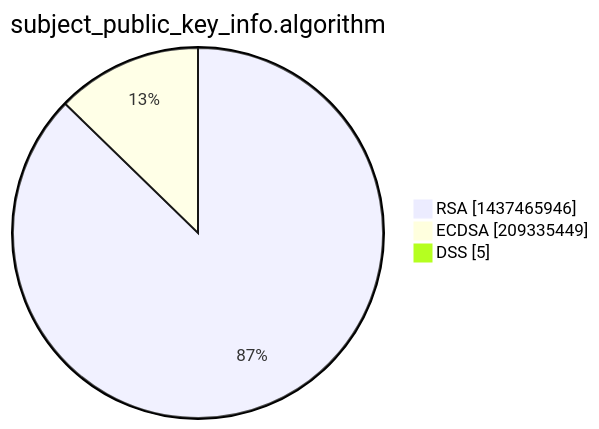
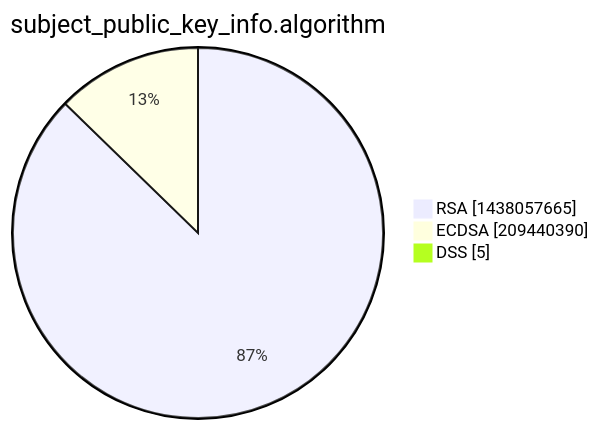
Before and after one commit to christiankrug/ctmonitor_visualization: the third of 15 diagrams in xenon2022/README.md, drawn with Mermaid. The commit also changed other lines of this file, not shown here.

````diff
--- a/xenon2022/README.md
+++ b/xenon2022/README.md
@@ -14,7 +14,7 @@
 ```mermaid
 pie showData
 title subject_public_key_info.algorithm
-"RSA" :1437465946
-"ECDSA" :209335449
+"RSA" :1438057665
+"ECDSA" :209440390
 "DSS" :5
 ```
````
